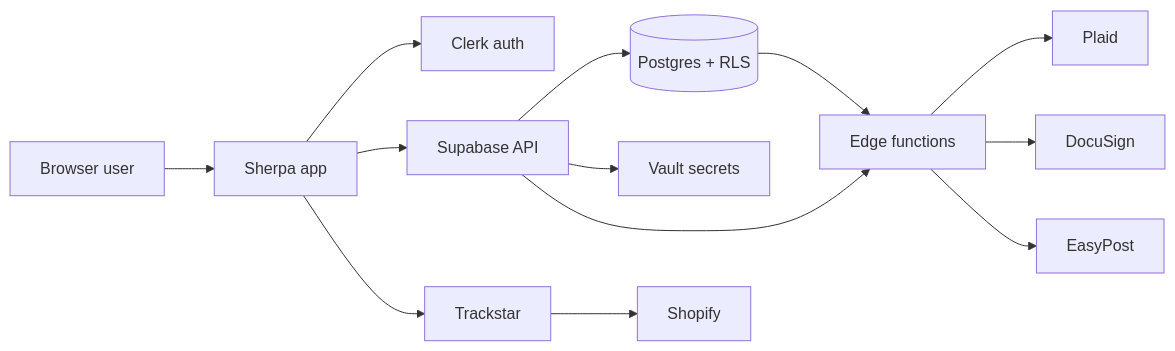
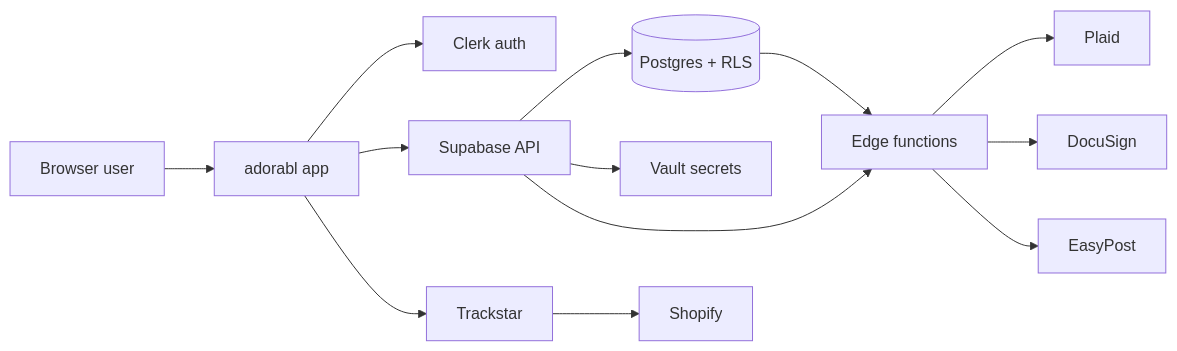
One commit to stellarone/sherpa-technical-docs changed the diagram in orientation/systems-map.mdx. Above: the diagram before and after it, drawn with Mermaid. The commit also changed other lines of this file and 17 other files, not shown here.

First line of the commit message:
Rename Sherpa to adorabl across docs UX

````diff
--- a/orientation/systems-map.mdx
+++ b/orientation/systems-map.mdx
@@ -8,15 +8,15 @@
 ```mermaid
 flowchart LR
-  User[Browser user] --> App[Sherpa app]
+  User[Browser user] --> App[adorabl app]
   App --> Clerk[Clerk auth]
   App --> SB[Supabase API]
   SB --> PG[(Postgres + RLS)]
   SB --> Vault[Vault secrets]
   SB --> Fn[Edge functions]
   Fn --> Plaid[Plaid]
   Fn --> DS[DocuSign]
   Fn --> EP[EasyPost]
   App --> TS[Trackstar]
   TS --> Shopify[Shopify]
   PG --> Fn
 ```
````
